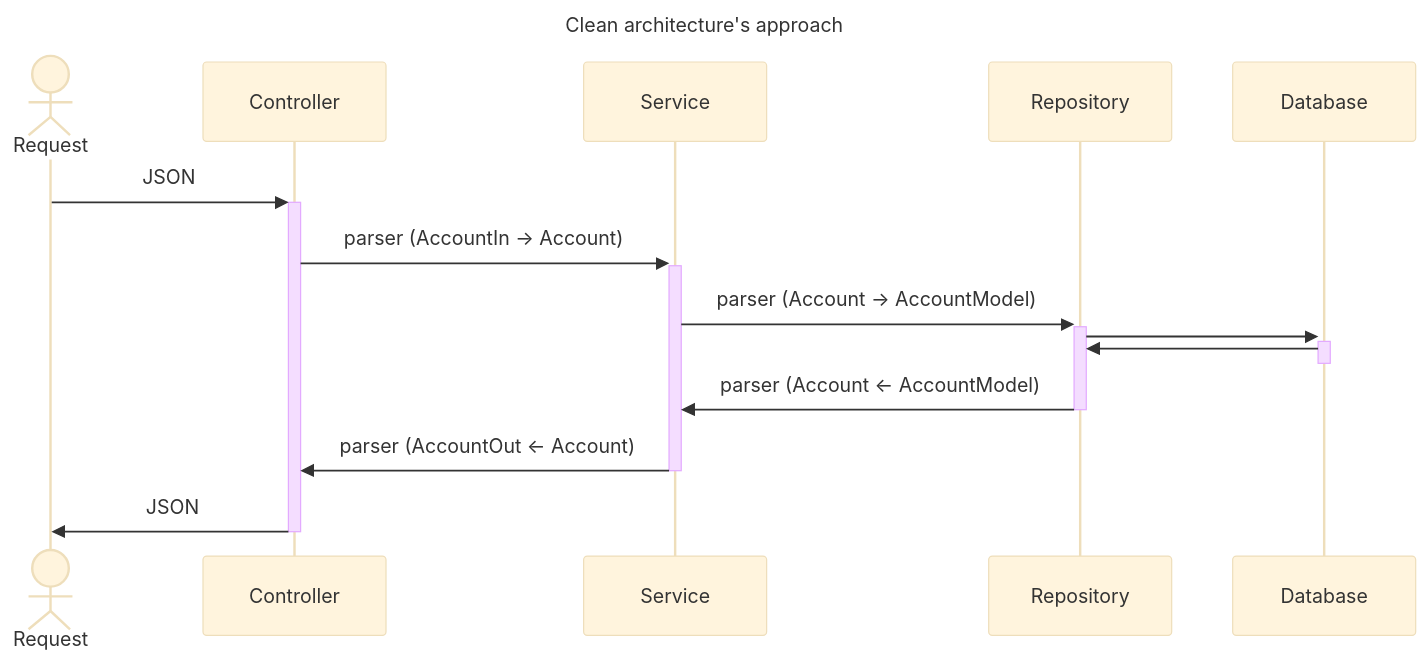
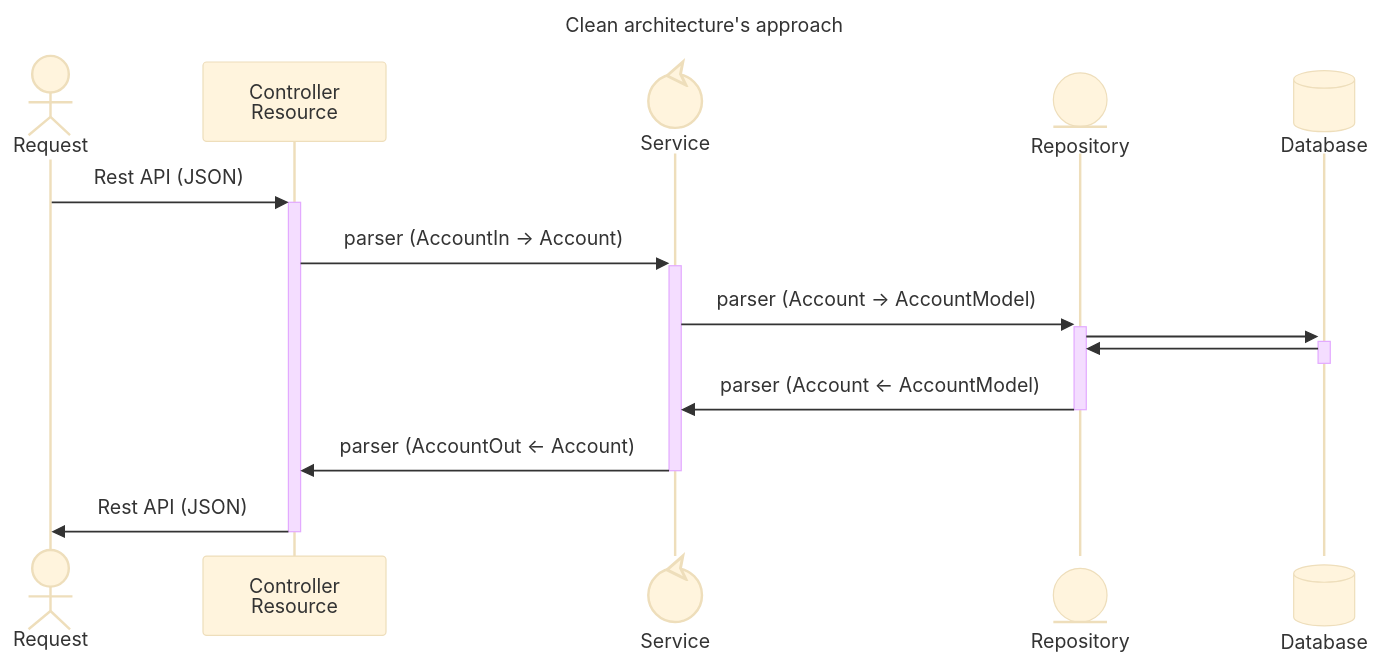
Before and after one commit to Insper/platform: the diagram in docs/hands-on/1/repository/index.md, drawn with Mermaid (base theme). The commit also changed 1 other file, not shown here.

Commit message:
doc diagrams

````diff
--- a/docs/hands-on/1/repository/index.md
+++ b/docs/hands-on/1/repository/index.md
@@ -5,13 +5,17 @@
 ``` mermaid
 sequenceDiagram
     title Clean architecture's approach 
     Actor Request
-    Request ->>+ Controller: JSON
+    participant Controller as Controller<br>Resource
+    participant Service@{ "type": "control" }
+    participant Repository@{ "type" : "entity" }
+    participant Database@{ "type" : "database" }
+    Request ->>+ Controller: Rest API (JSON)
     Controller ->>+ Service: parser (AccountIn -> Account)
     Service ->>+ Repository: parser (Account -> AccountModel)
     Repository ->>+ Database: 
     Database ->>- Repository: 
     Repository ->>- Service: parser (Account <- AccountModel)
     Service ->>- Controller: parser (AccountOut <- Account)
-    Controller ->>- Request: JSON
+    Controller ->>- Request: Rest API (JSON)
 ```
````
